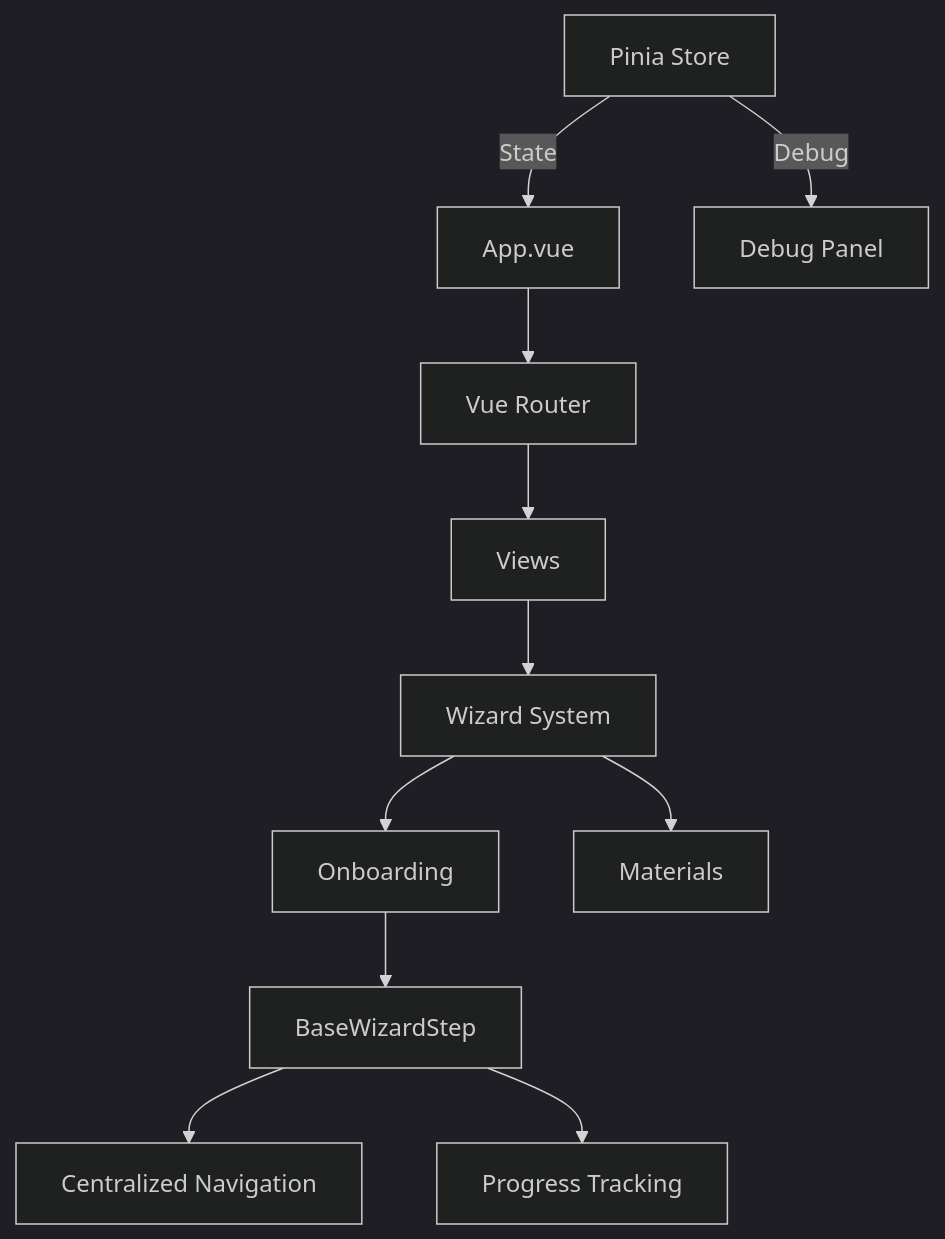
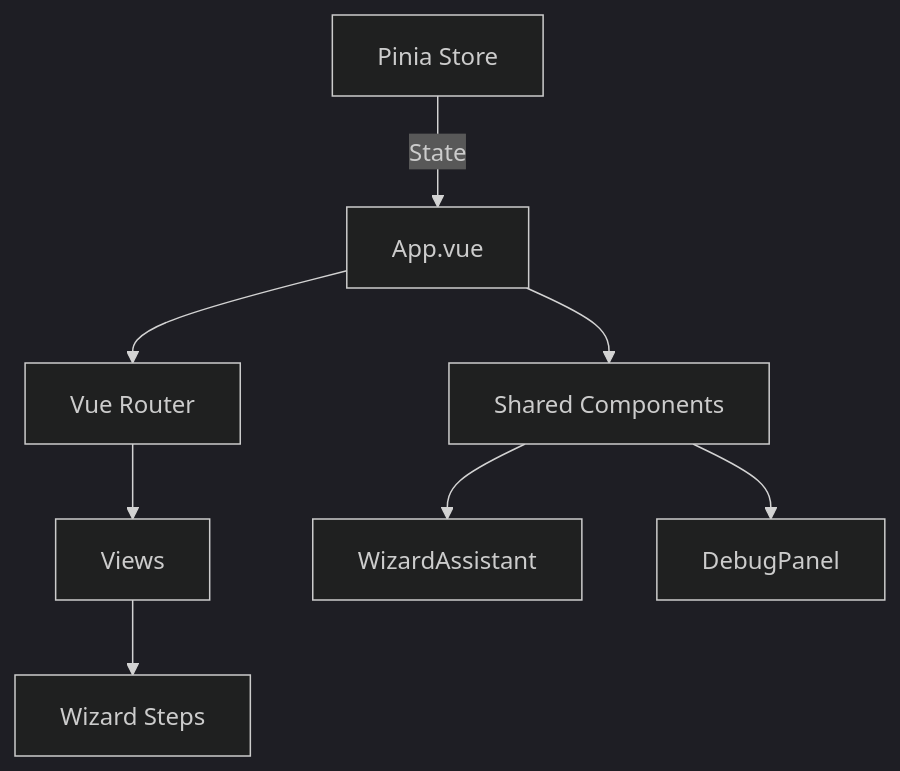
One commit to eric-fern/wizardteach changed the second of 2 diagrams in README.md. Above: the diagram before and after it, drawn with Mermaid (dark theme). The commit also changed other lines of this file and 22 other files, not shown here.

Commit message:
Theming change to dark mode in progress. Centralized theming

````diff
--- a/README.md
+++ b/README.md
@@ -46,20 +47,17 @@
 ```mermaid
 graph TD
     %% Core Application
     APP[App.vue] --> ROUTER[Vue Router]
     ROUTER --> VIEWS[Views]
     
-    %% Main Views
-    VIEWS --> WIZARD[Wizard System]
-    WIZARD --> ONBOARD[Onboarding]
-    WIZARD --> MATERIALS[Materials]
+    %% Main Views & Components
+    VIEWS --> WIZARD[Wizard Steps]
+    APP --> SHARED[Shared Components]
     
-    %% Wizard Components
-    ONBOARD --> BASE[BaseWizardStep]
-    BASE --> NAV[Centralized Navigation]
-    BASE --> PROGRESS[Progress Tracking]
+    %% Key Components
+    SHARED --> ASSISTANT[WizardAssistant]
+    SHARED --> DEBUG[DebugPanel]
     
-    %% State Management
+    %% State
     STORE[Pinia Store] --> |State| APP
-    STORE --> |Debug| DEBUG[Debug Panel]
 ```
````
